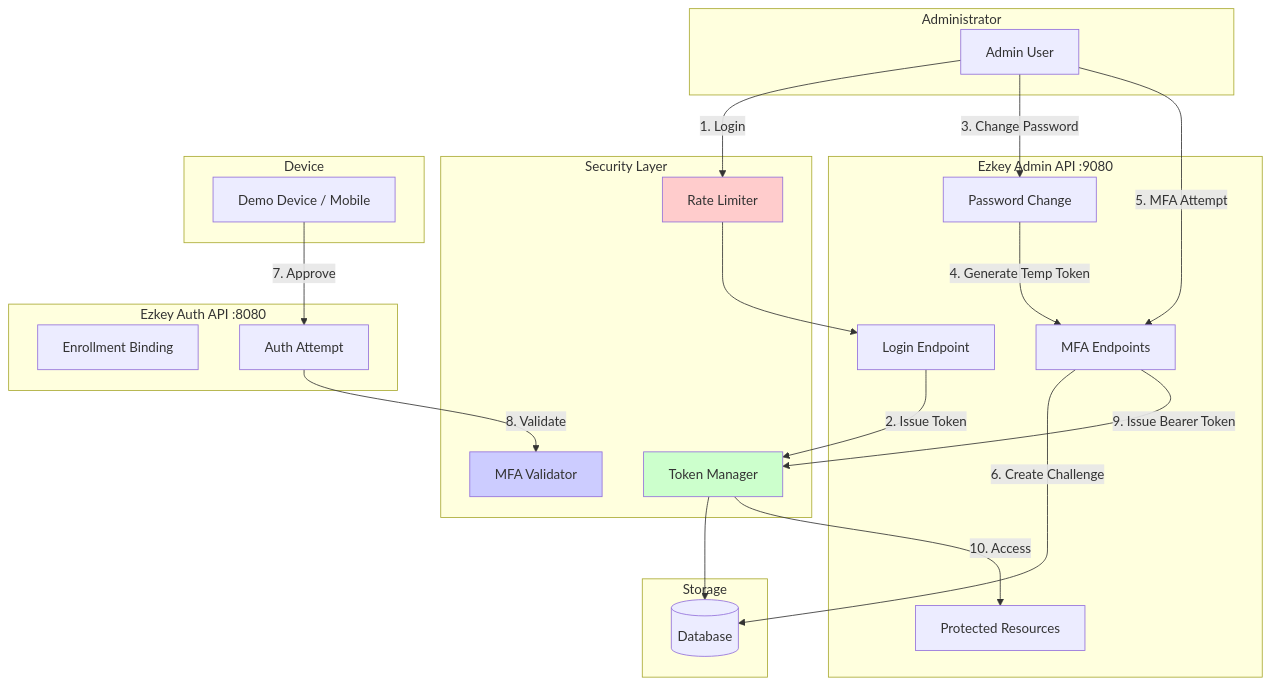
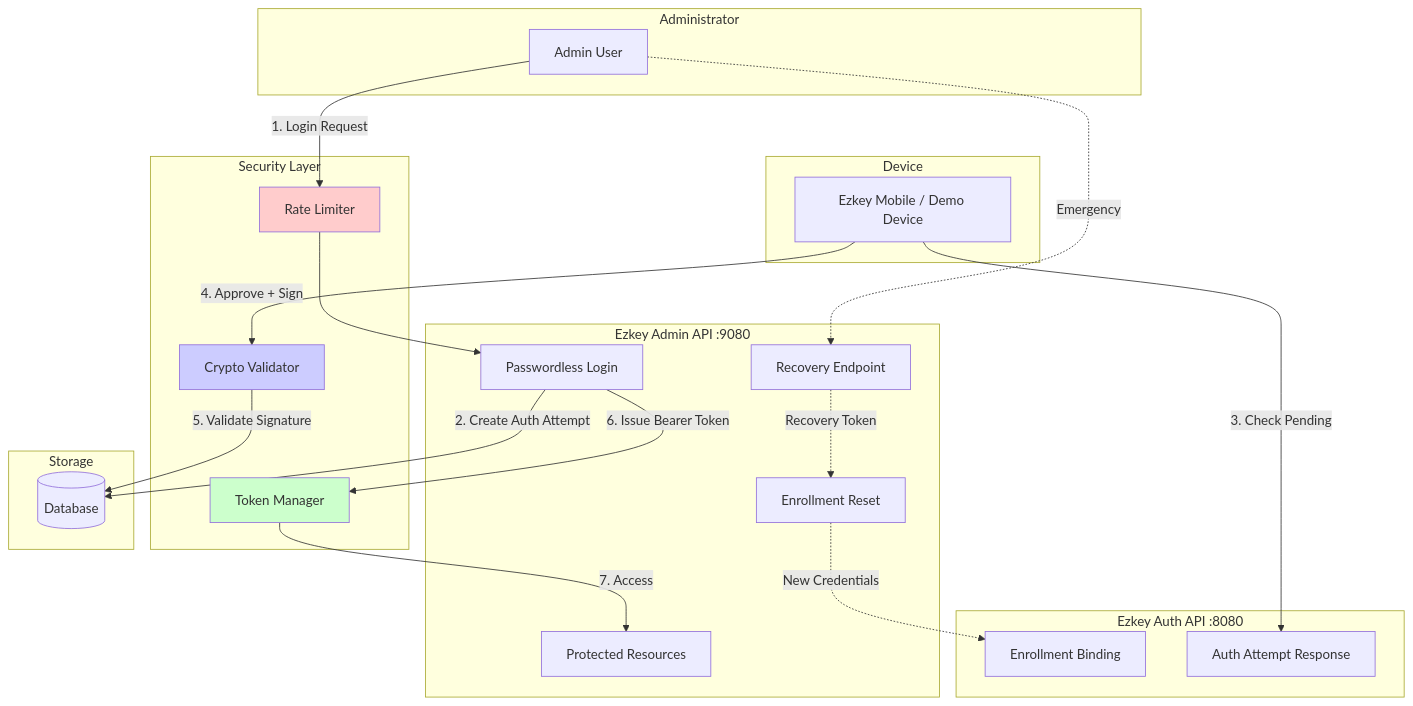
Before and after one commit to mgagp/ezkey: the diagram in docs/ADMIN_API_SECURITY_GUIDE.md, drawn with Mermaid. The commit also changed other lines of this file and 5 other files, not shown here.

````diff
--- a/docs/ADMIN_API_SECURITY_GUIDE.md
+++ b/docs/ADMIN_API_SECURITY_GUIDE.md
@@ -40,53 +49,51 @@
 ```mermaid
 flowchart TB
     subgraph "Administrator"
         A[Admin User]
     end
     
     subgraph "Ezkey Admin API :9080"
-        B[Login Endpoint]
-        C[Password Change]
-        D[MFA Endpoints]
+        B[Passwordless Login]
+        C[Recovery Endpoint]
+        D[Enrollment Reset]
         E[Protected Resources]
     end
     
     subgraph "Ezkey Auth API :8080"
         F[Enrollment Binding]
-        G[Auth Attempt]
+        G[Auth Attempt Response]
     end
     
     subgraph "Security Layer"
         H[Rate Limiter]
         I[Token Manager]
-        J[MFA Validator]
+        J[Crypto Validator]
     end
     
     subgraph "Storage"
         K[(Database)]
     end
     
     subgraph "Device"
-        L[Demo Device / Mobile]
+        L[Ezkey Mobile / Demo Device]
     end
     
-    A -->|1. Login| H
+    A -->|1. Login Request| H
     H --> B
-    B -->|2. Issue Token| I
-    I --> K
+    B -->|2. Create Auth Attempt| K
     
-    A -->|3. Change Password| C
-    C -->|4. Generate Temp Token| D
+    L -->|3. Check Pending| G
+    L -->|4. Approve + Sign| J
     
-    A -->|5. MFA Attempt| D
-    D -->|6. Create Challenge| K
+    J -->|5. Validate Signature| K
+    B -->|6. Issue Bearer Token| I
+    I -->|7. Access| E
     
-    L -->|7. Approve| G
-    G -->|8. Validate| J
-    
-    D -->|9. Issue Bearer Token| I
-    I -->|10. Access| E
+    A -.->|Emergency| C
+    C -.->|Recovery Token| D
+    D -.->|New Credentials| F
     
     style H fill:#ffcccc
     style I fill:#ccffcc
     style J fill:#ccccff
 ```
````
